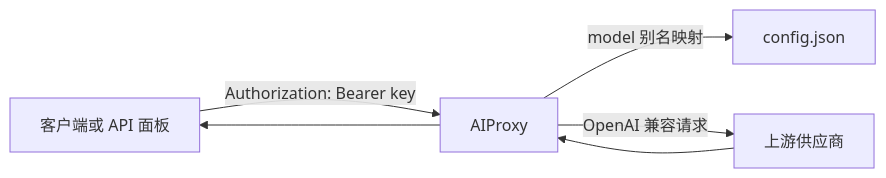
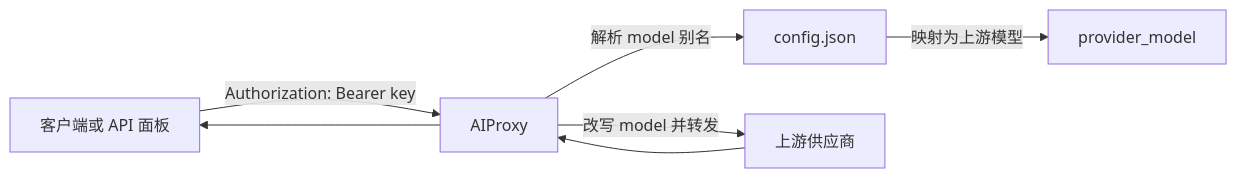
The first of 2 diagrams in README.md (lazeyliu/affine-copilot-fix), drawn with Mermaid before and after one commit. The commit also changed other lines of this file and 1 other file, not shown here.

Commit message:
Clarify model mapping in diagrams

````diff
--- a/README.md
+++ b/README.md
@@ -49,7 +49,8 @@
 ```mermaid
 flowchart LR
   Client[客户端或 API 面板] -->|Authorization: Bearer key| Proxy[AIProxy]
-  Proxy -->|model 别名映射| Config[config.json]
-  Proxy -->|OpenAI 兼容请求| Provider[上游供应商]
+  Proxy -->|解析 model 别名| Config[config.json]
+  Config -->|映射为上游模型| Mapped[provider_model]
+  Proxy -->|改写 model 并转发| Provider[上游供应商]
   Provider --> Proxy --> Client
 ```
````
